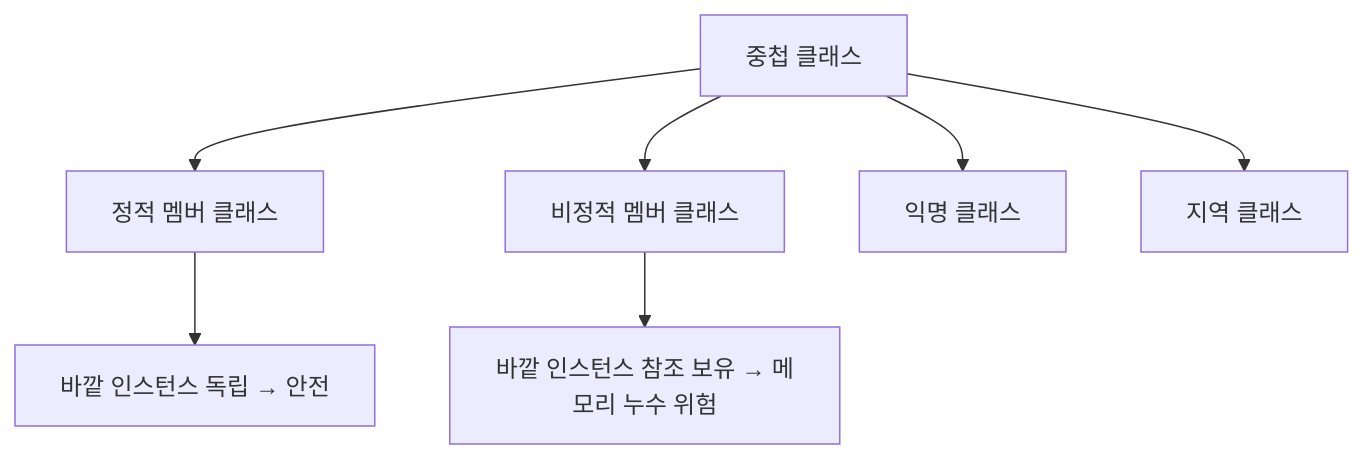
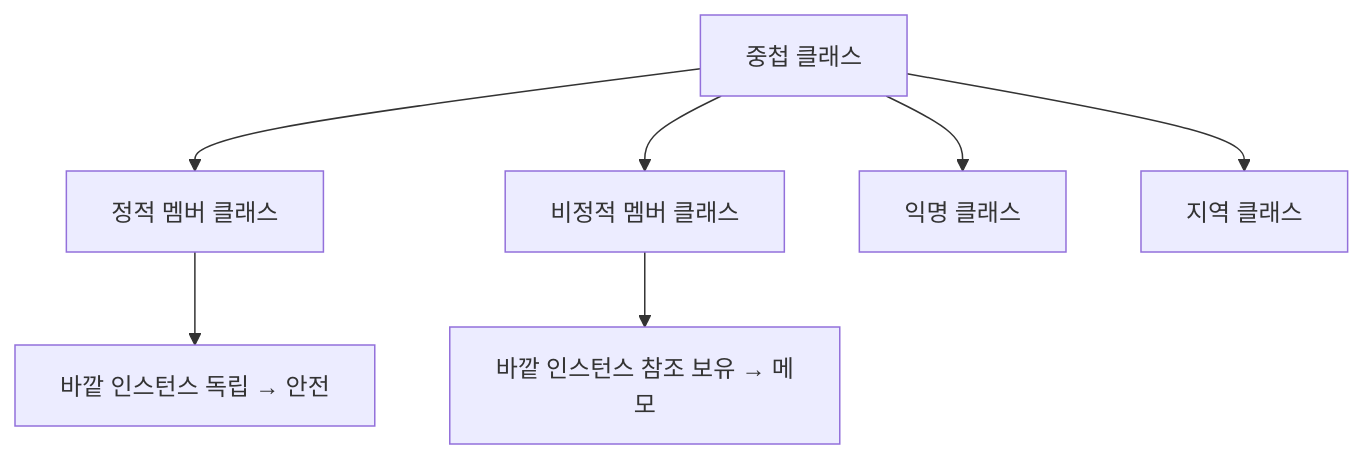
The sixth of 6 diagrams in _posts/effective_java/2026-05-03-effective-java-classes-interfaces.md (yjkim2015/yjkim2015.github.io), drawn with Mermaid before and after one commit. The commit also changed other lines of this file and 271 other files, not shown here.

First line of the commit message:
Mermaid 라벨 축소: 긴 노드 텍스트 18자 이하로 트림 + \n 제거

````diff
--- a/_posts/effective_java/2026-05-03-effective-java-classes-interfaces.md
+++ b/_posts/effective_java/2026-05-03-effective-java-classes-interfaces.md
@@ -389,9 +389,9 @@
 ```mermaid
 flowchart TD
     A["중첩 클래스"] --> B["정적 멤버 클래스"]
     A --> C["비정적 멤버 클래스"]
     A --> D["익명 클래스"]
     A --> E["지역 클래스"]
-    C --> F["바깥 인스턴스 참조 보유 → 메모리 누수 위험"]
+    C --> F["바깥 인스턴스 참조 보유 → 메모"]
     B --> G["바깥 인스턴스 독립 → 안전"]
 ```
````
